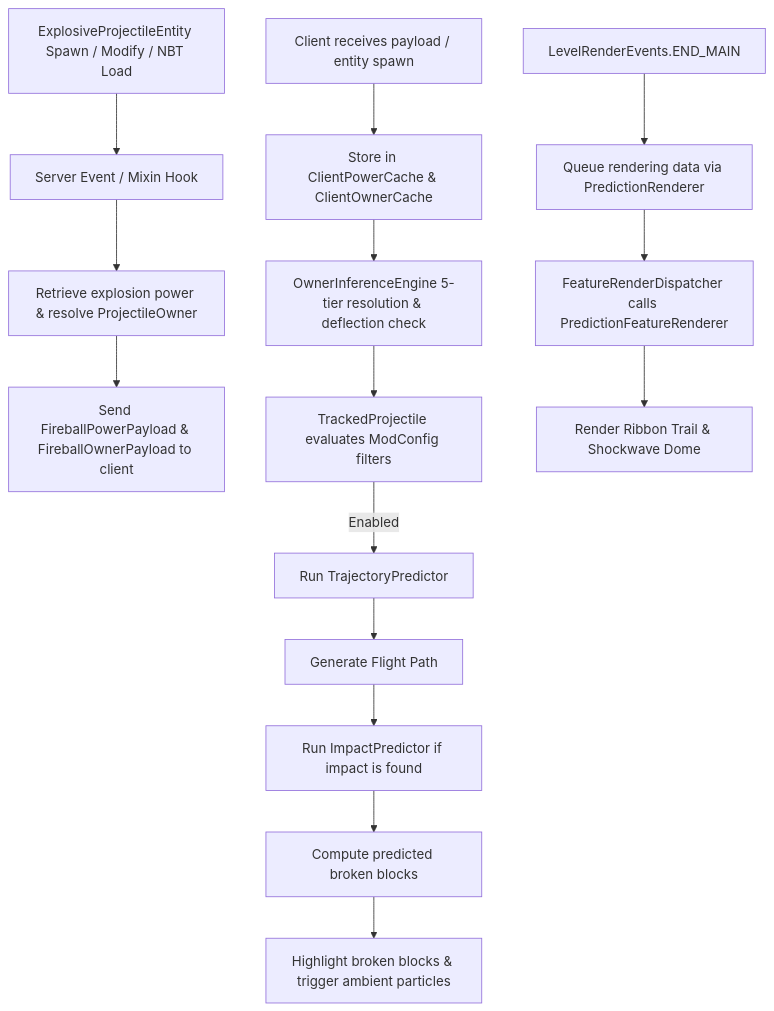
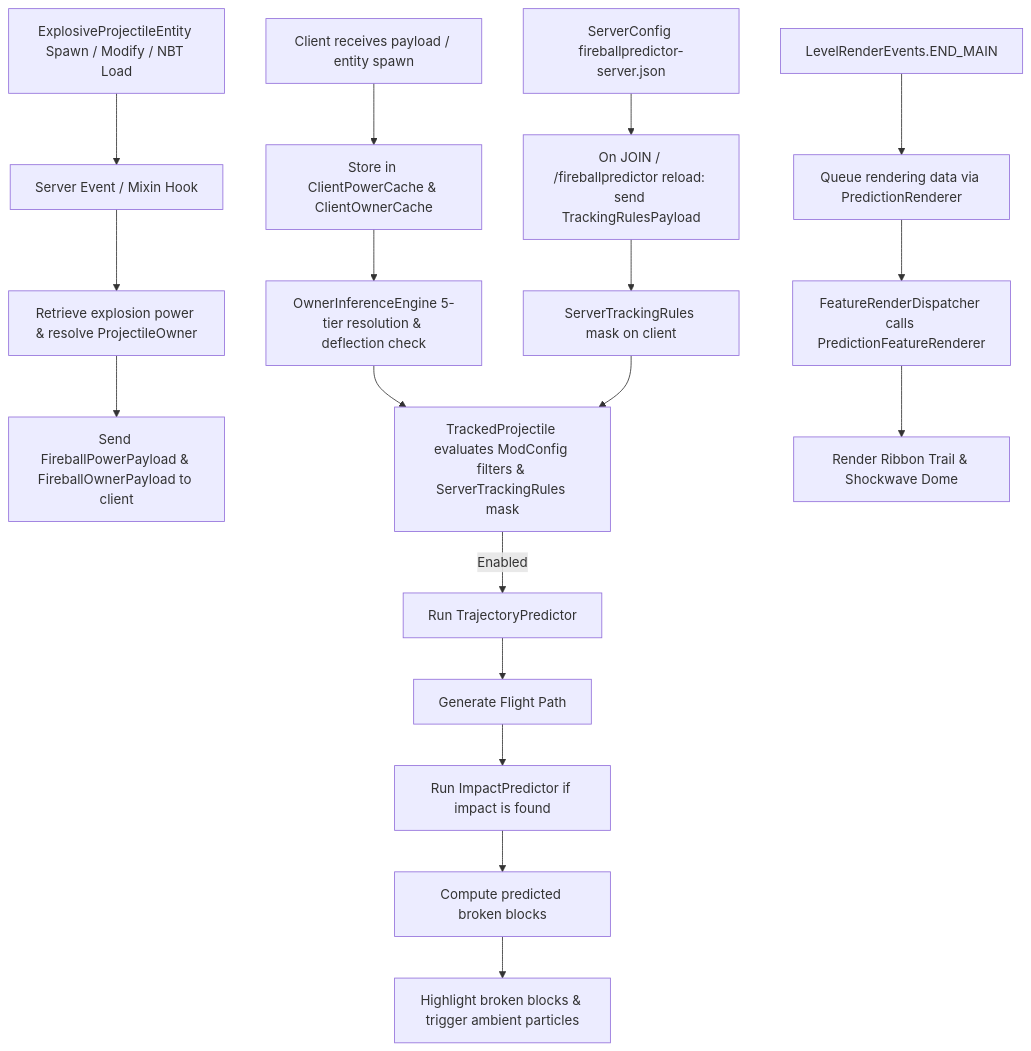
Before and after one commit to IsAvaible/FireballPredictor: the diagram in agent.md, drawn with Mermaid. The commit also changed other lines of this file and 12 other files, not shown here.

First line of the commit message:
Add server-side enforcement for projectile tracking restrictions

````diff
--- a/agent.md
+++ b/agent.md
@@ -11,17 +11,20 @@
 ```mermaid
 graph TD
     A[ExplosiveProjectileEntity Spawn / Modify / NBT Load] --> B[Server Event / Mixin Hook]
     B --> C[Retrieve explosion power & resolve ProjectileOwner]
     C --> D[Send FireballPowerPayload & FireballOwnerPayload to client]
     E[Client receives payload / entity spawn] --> F[Store in ClientPowerCache & ClientOwnerCache]
     F --> G[OwnerInferenceEngine 5-tier resolution & deflection check]
-    G --> H[TrackedProjectile evaluates ModConfig filters]
+    G --> H[TrackedProjectile evaluates ModConfig filters & ServerTrackingRules mask]
     H -->|Enabled| I[Run TrajectoryPredictor]
     I --> J[Generate Flight Path]
     J --> K[Run ImpactPredictor if impact is found]
     K --> L[Compute predicted broken blocks]
     L --> M[Highlight broken blocks & trigger ambient particles]
     N[LevelRenderEvents.END_MAIN] --> O[Queue rendering data via PredictionRenderer]
     O --> P[FeatureRenderDispatcher calls PredictionFeatureRenderer]
     P --> Q[Render Ribbon Trail & Shockwave Dome]
+    R[ServerConfig fireballpredictor-server.json] --> S[On JOIN / /fireballpredictor reload: send TrackingRulesPayload]
+    S --> T[ServerTrackingRules mask on client]
+    T --> H
 ```
````
